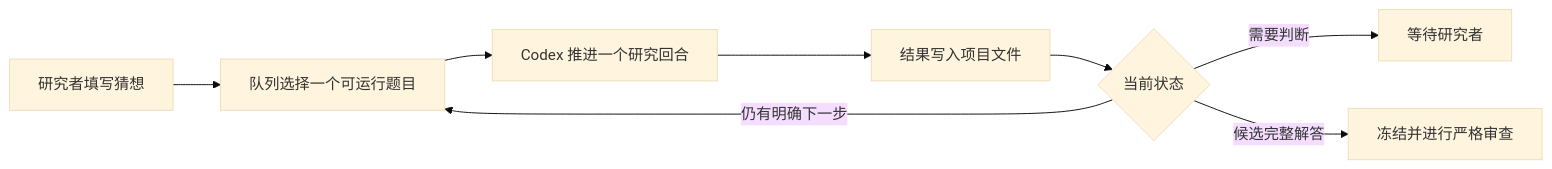
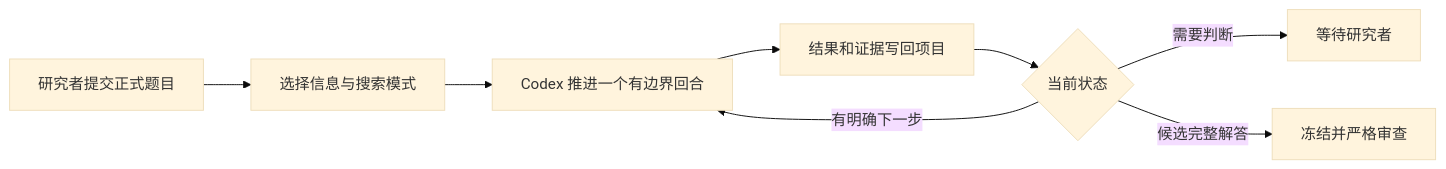
The diagram in README.md (coker412/graph-geometry-research-workspace), drawn with Mermaid (base theme) before and after one commit. The commit also changed other lines of this file and 1 other file, not shown here.

````diff
--- a/README.md
+++ b/README.md
@@ -329,10 +138,10 @@
 ```mermaid
 flowchart LR
-    A[研究者填写猜想] --> B[队列选择一个可运行题目]
-    B --> C[Codex 推进一个研究回合]
-    C --> D[结果写入项目文件]
+    A[研究者提交正式题目] --> B[选择信息与搜索模式]
+    B --> C[Codex 推进一个有边界回合]
+    C --> D[结果和证据写回项目]
     D --> E{当前状态}
-    E -->|仍有明确下一步| B
+    E -->|有明确下一步| C
     E -->|需要判断| F[等待研究者]
-    E -->|候选完整解答| G[冻结并进行严格审查]
+    E -->|候选完整解答| G[冻结并严格审查]
 ```
````
